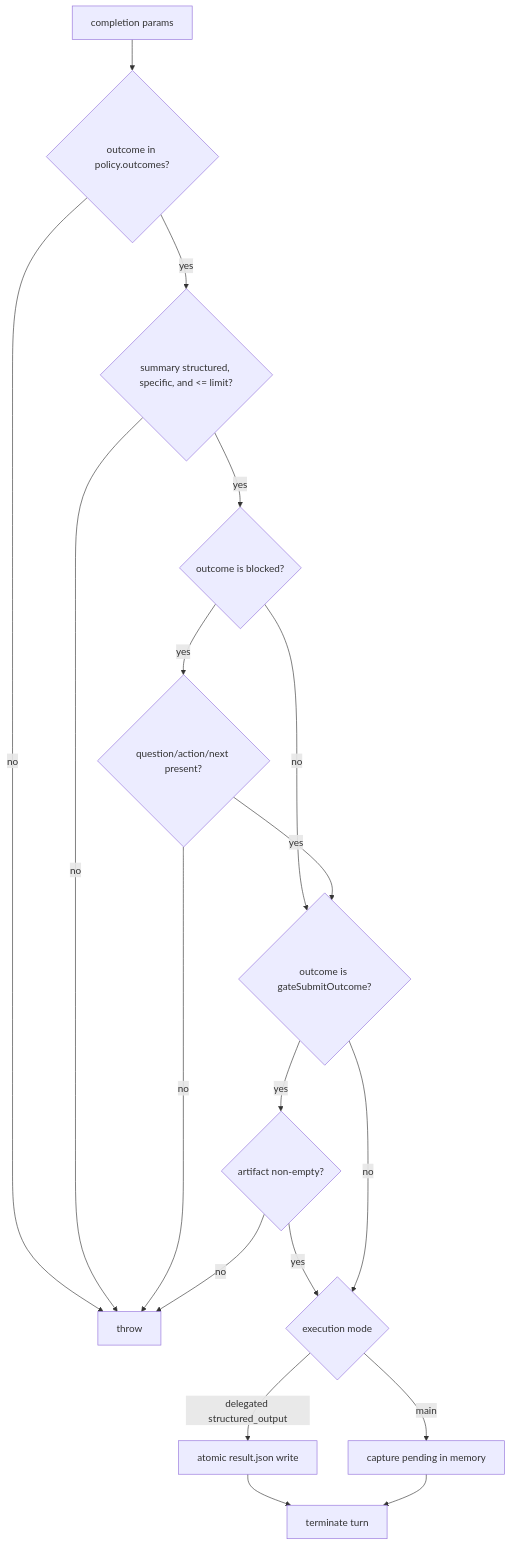
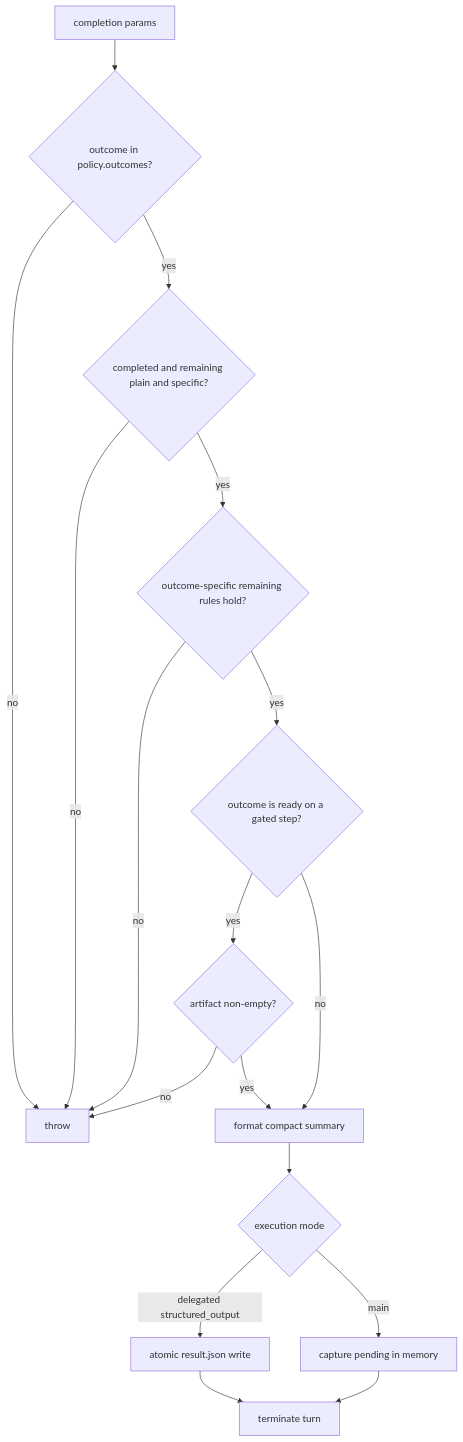
One commit to wichayutdew/pi-workflows changed the sixth of 7 diagrams in openwiki/security/policy-model.md. Above: the diagram before and after it, drawn with Mermaid. The commit also changed other lines of this file and 103 other files, not shown here.

````diff
--- a/openwiki/security/policy-model.md
+++ b/openwiki/security/policy-model.md
@@ -104,20 +104,19 @@
 ```mermaid
 flowchart TD
   Complete[completion params] --> Outcome{outcome in policy.outcomes?}
   Outcome -- no --> Reject[throw]
-  Outcome -- yes --> Summary{summary structured, specific, and <= limit?}
-  Summary -- no --> Reject
-  Summary -- yes --> BlockedOutcome{outcome is blocked?}
-  BlockedOutcome -- no --> Gate{outcome is gateSubmitOutcome?}
-  BlockedOutcome -- yes --> BlockedSummary{question/action/next present?}
-  BlockedSummary -- no --> Reject
-  BlockedSummary -- yes --> Gate
+  Outcome -- yes --> Handoff{completed and remaining plain and specific?}
+  Handoff -- no --> Reject
+  Handoff -- yes --> Semantics{outcome-specific remaining rules hold?}
+  Semantics -- no --> Reject
+  Semantics -- yes --> Gate{outcome is ready on a gated step?}
   Gate -- yes --> Artifact{artifact non-empty?}
   Artifact -- no --> Reject
-  Artifact -- yes --> Mode{execution mode}
-  Gate -- no --> Mode
+  Artifact -- yes --> Summary[format compact summary]
+  Gate -- no --> Summary
+  Summary --> Mode{execution mode}
   Mode -- delegated structured_output --> Write[atomic result.json write]
   Mode -- main --> Capture[capture pending in memory]
   Write --> Terminate[terminate turn]
   Capture --> Terminate
 ```
````
